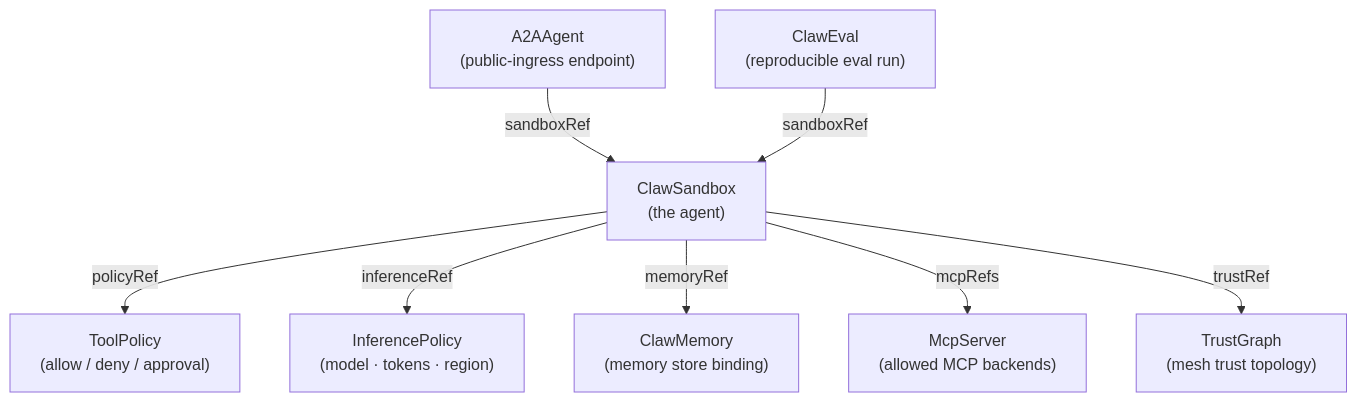
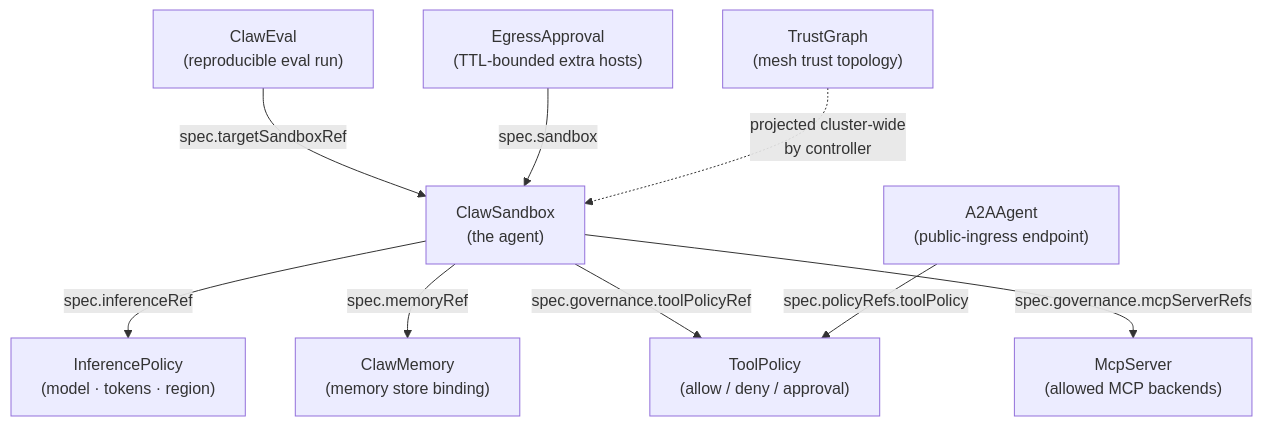
One commit to lachie83/kars changed the seventh of 9 diagrams in docs/architecture-diagrams.md. Above: the diagram before and after it, drawn with Mermaid. The commit also changed other lines of this file and 11 other files, not shown here.

````diff
--- a/docs/architecture-diagrams.md
+++ b/docs/architecture-diagrams.md
@@ -213,19 +215,21 @@
 ```mermaid
 flowchart TB
   CS["ClawSandbox<br/>(the agent)"]
   TP["ToolPolicy<br/>(allow / deny / approval)"]
   IP["InferencePolicy<br/>(model · tokens · region)"]
   CM["ClawMemory<br/>(memory store binding)"]
   Mcp["McpServer<br/>(allowed MCP backends)"]
   A2A["A2AAgent<br/>(public-ingress endpoint)"]
   TG["TrustGraph<br/>(mesh trust topology)"]
   CE["ClawEval<br/>(reproducible eval run)"]
+  EA["EgressApproval<br/>(TTL-bounded extra hosts)"]
 
-  CS -->|policyRef| TP
-  CS -->|inferenceRef| IP
-  CS -->|memoryRef| CM
-  CS -->|mcpRefs| Mcp
-  CS -->|trustRef| TG
-  A2A -->|sandboxRef| CS
-  CE -->|sandboxRef| CS
+  CS -->|spec.inferenceRef| IP
+  CS -->|spec.memoryRef| CM
+  CS -->|spec.governance.toolPolicyRef| TP
+  CS -->|spec.governance.mcpServerRefs| Mcp
+  A2A -->|spec.policyRefs.toolPolicy| TP
+  CE -->|spec.targetSandboxRef| CS
+  EA -->|spec.sandbox| CS
+  TG -.->|projected cluster-wide<br/>by controller| CS
 ```
````
